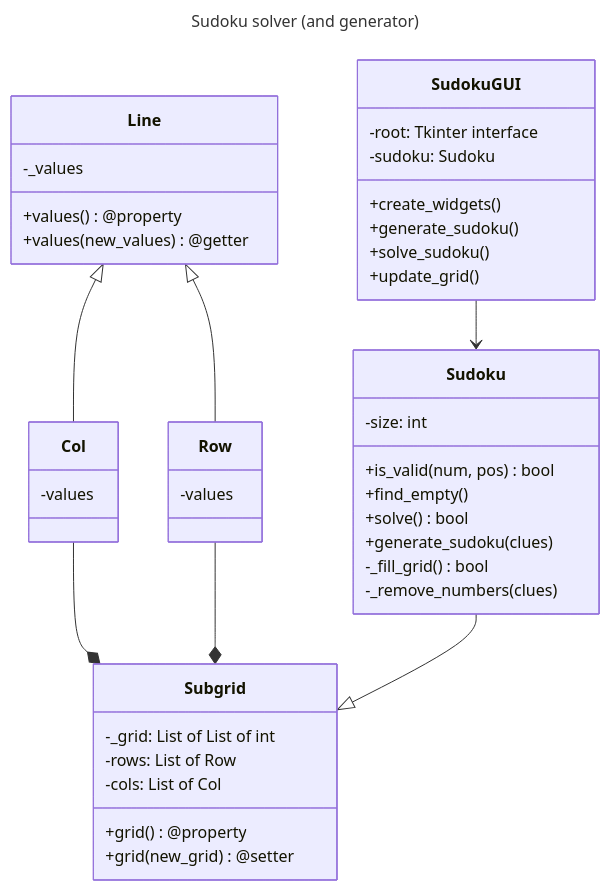
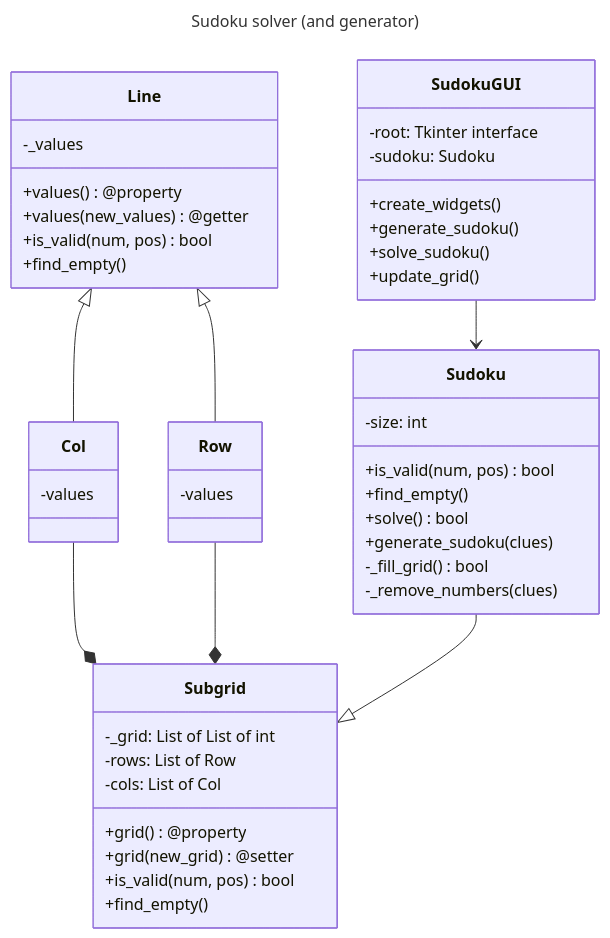
One commit to richardgonzalezm/Sudoku_solver_bot changed the diagram in README.md. Above: the diagram before and after it, drawn with Mermaid.

````diff
--- a/README.md
+++ b/README.md
@@ -12,48 +12,52 @@
 ```mermaid
 ---
 title: Sudoku solver (and generator)
 ---
 classDiagram
     class Line {
         -_values
         +values() @property
         +values(new_values) @getter
+        +is_valid(num, pos) bool
+        +find_empty()
     }
     class Col {
         -values
     }
     class Row {
         -values
     }
     Line <|-- Col
     Line <|-- Row
     class Sudoku {
         -size: int
         +is_valid(num, pos) bool
         +find_empty() 
         +solve() bool
         +generate_sudoku(clues)
         -_fill_grid() bool
         -_remove_numbers(clues)
     }
     class SudokuGUI {
         -root: Tkinter interface
         -sudoku: Sudoku
         +create_widgets()
         +generate_sudoku()
         +solve_sudoku()
         +update_grid()
     }
     SudokuGUI --> Sudoku
     class Subgrid {
         -_grid: List of List of int
         -rows: List of Row
         -cols: List of Col
         +grid()@property
         +grid(new_grid)@setter
+        +is_valid(num, pos) bool
+        +find_empty()
     }
 
     Col --* Subgrid
     Row --* Subgrid
     Sudoku --|> Subgrid
 ```
````
